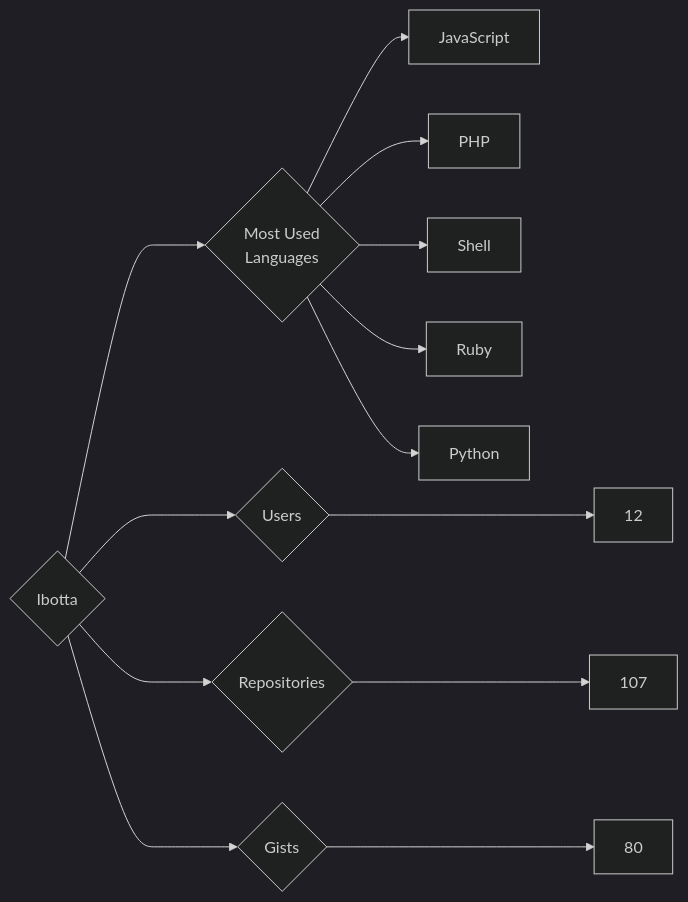
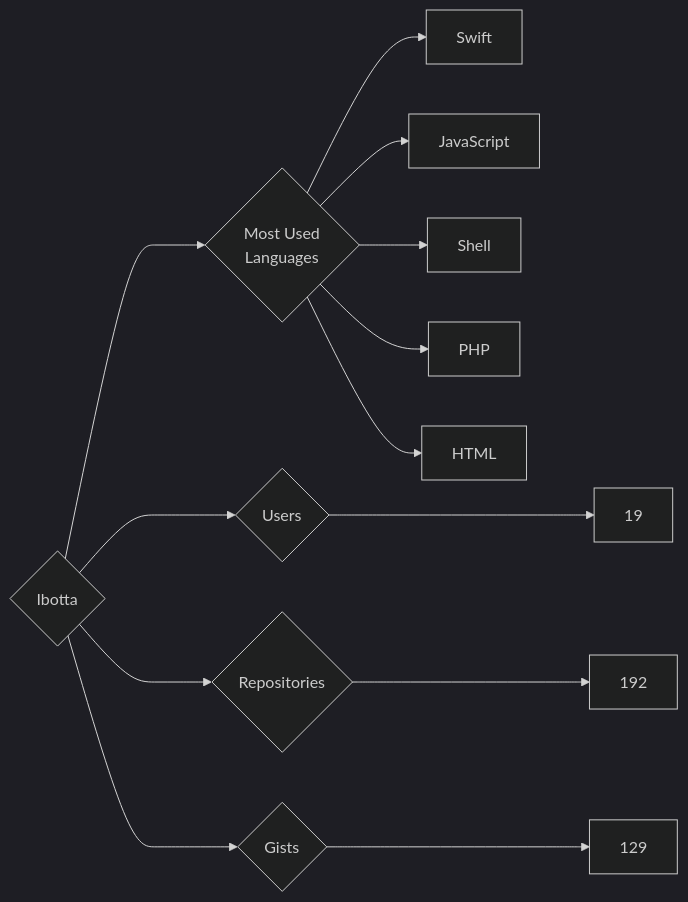
The diagram in targets/Ibotta/README.md (trickest/insiders), drawn with Mermaid (dark theme) before and after one commit. The commit also changed 699 other files, not shown here.

````diff
--- a/targets/Ibotta/README.md
+++ b/targets/Ibotta/README.md
@@ -3,13 +3,13 @@
 ```mermaid
 graph LR
 COMPANY_NAME{Ibotta}
-COMPANY_NAME ---> U{Users} ---> UN[12]
-COMPANY_NAME ---> R{Repositories} ---> RN[107]
-COMPANY_NAME ---> G{Gists} ---> GN[80]
+COMPANY_NAME ---> U{Users} ---> UN[19]
+COMPANY_NAME ---> R{Repositories} ---> RN[192]
+COMPANY_NAME ---> G{Gists} ---> GN[129]
 COMPANY_NAME ---> ML{Most Used<br>Languages}
+ML --> Swift[Swift]
 ML --> JavaScript[JavaScript]
+ML --> Shell[Shell]
 ML --> PHP[PHP]
-ML --> Shell[Shell]
-ML --> Ruby[Ruby]
-ML --> Python[Python]
+ML --> HTML[HTML]
 ```
````
